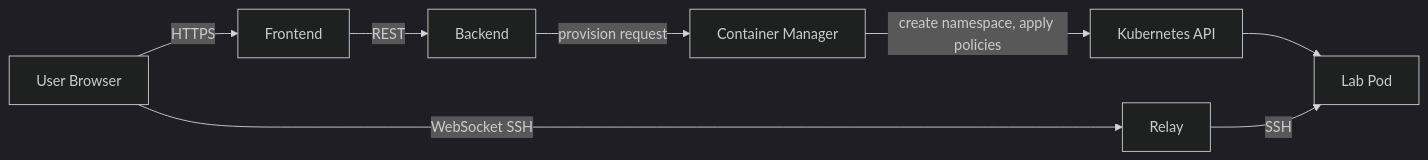
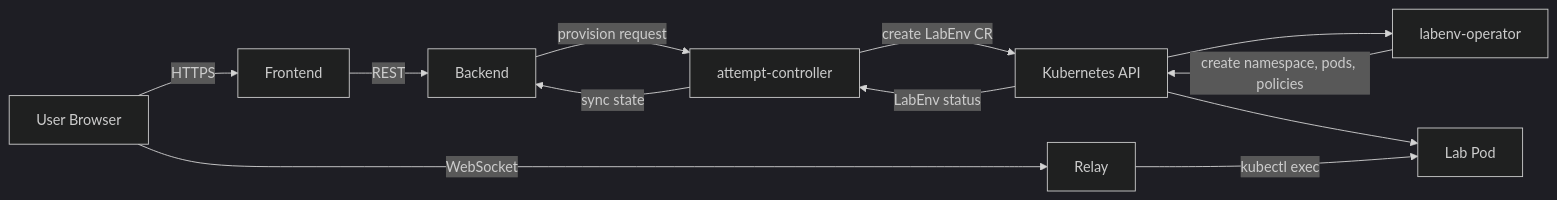
The diagram in README.md (alex-sviridov/rootenv), drawn with Mermaid (dark theme) before and after one commit. The commit also changed other lines of this file and 230 other files, not shown here.

First line of the commit message:
Refactor provisioning logic to use labenv CRD and k8s operator pattern

````diff
--- a/README.md
+++ b/README.md
@@ -29,10 +30,14 @@
 ```mermaid
 graph LR
     User[User Browser] -->|HTTPS| Frontend
     Frontend -->|REST| Backend
-    Backend -->|provision request| Contmgr[Container Manager]
-    Contmgr -->|create namespace, apply policies| K8s[Kubernetes API]
+    Backend -->|provision request| AC[attempt-controller]
+    AC -->|create LabEnv CR| K8s[Kubernetes API]
+    K8s -->|LabEnv status| AC
+    AC -->|sync state| Backend
+    K8s --> LO[labenv-operator]
+    LO -->|create namespace, pods, policies| K8s
     K8s --> Lab[Lab Pod]
-    User -->|WebSocket SSH| Relay
-    Relay -->|SSH| Lab
+    User -->|WebSocket| Relay
+    Relay -->|kubectl exec| Lab
 ```
````
